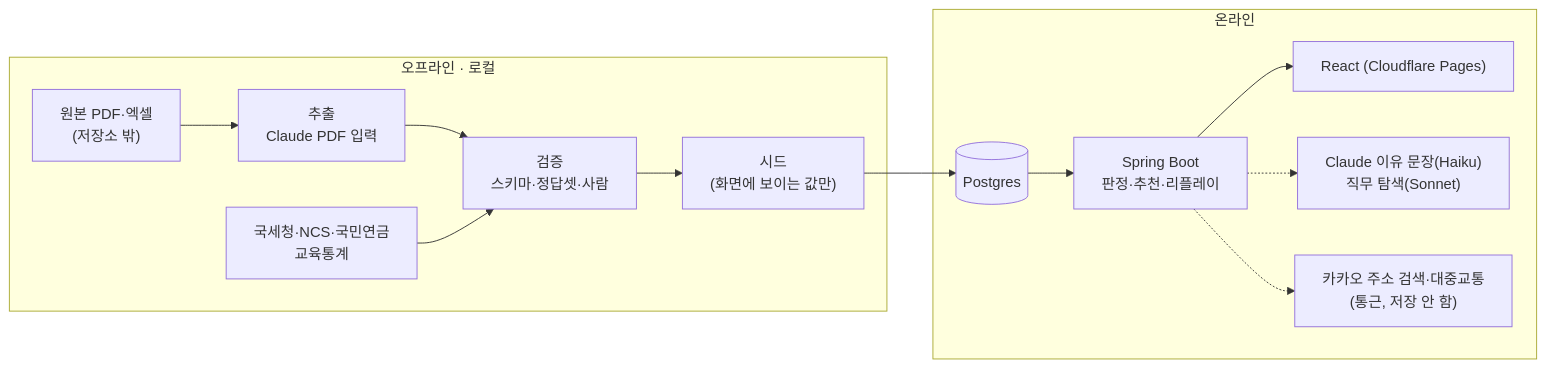
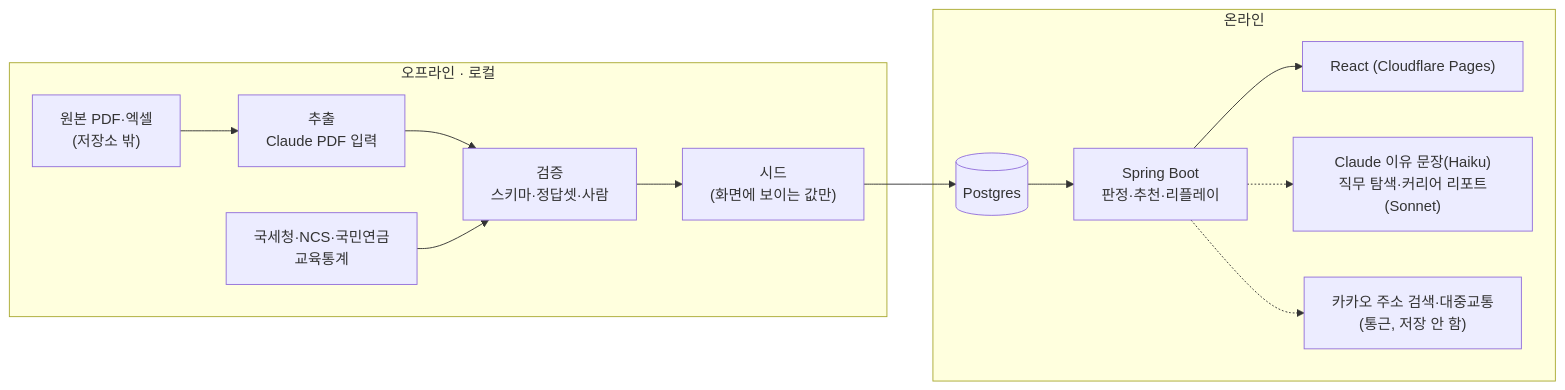
Before and after one commit to skuniv-team11/Backend: the diagram in docs/architecture.md, drawn with Mermaid. The commit also changed other lines of this file and 46 other files, not shown here.

````diff
--- a/docs/architecture.md
+++ b/docs/architecture.md
@@ -9,16 +9,16 @@
 ```mermaid
 flowchart LR
   subgraph OFF["오프라인 · 로컬"]
     R["원본 PDF·엑셀<br>(저장소 밖)"] --> X["추출<br>Claude PDF 입력"]
     X --> V["검증<br>스키마·정답셋·사람"]
     P["국세청·NCS·국민연금<br>교육통계"] --> V
     V --> S["시드<br>(화면에 보이는 값만)"]
   end
   subgraph ON["온라인"]
     S --> DB[("Postgres")]
     DB --> API["Spring Boot<br>판정·추천·리플레이"]
     API --> FE["React (Cloudflare Pages)"]
-    API -.-> C["Claude 이유 문장(Haiku)<br>직무 탐색(Sonnet)"]
+    API -.-> C["Claude 이유 문장(Haiku)<br>직무 탐색·커리어 리포트(Sonnet)"]
     API -.-> K["카카오 주소 검색·대중교통<br>(통근, 저장 안 함)"]
   end
 ```
````
